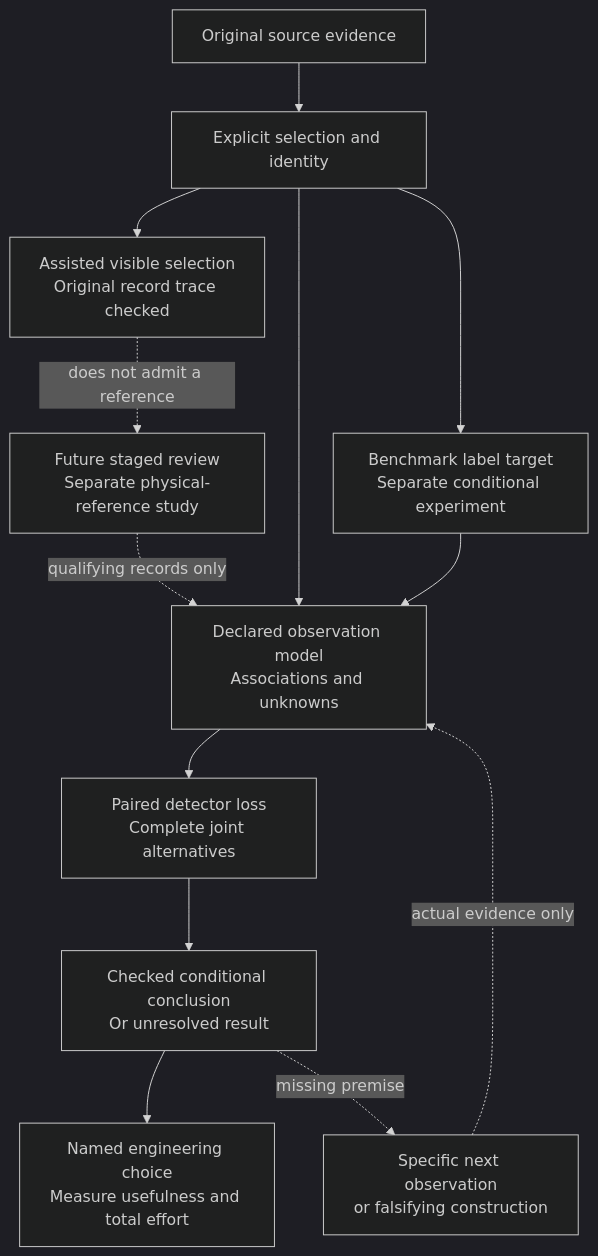
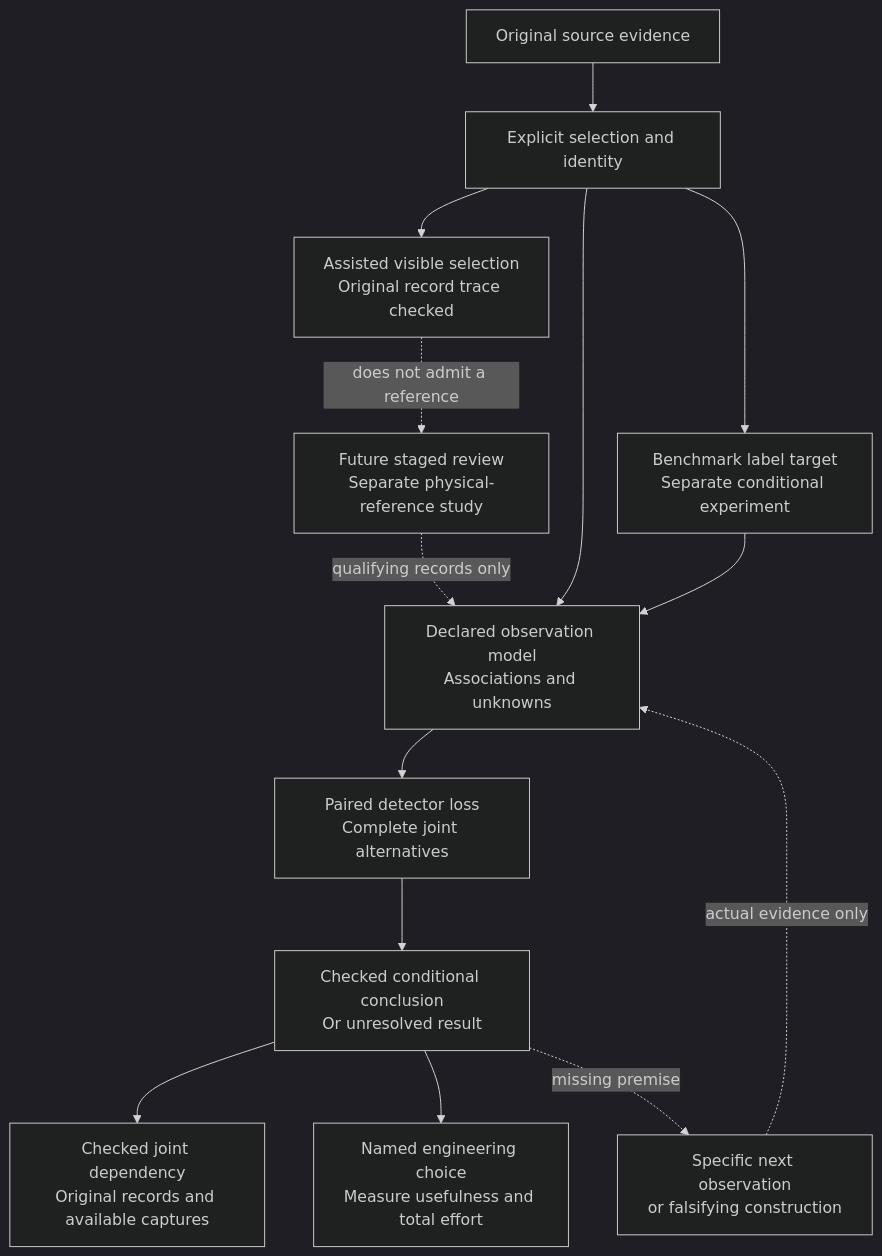
The first of 2 diagrams in docs/ENGINE_ROADMAP_2026-09-13.md (manfromnowhere143/reiyah), drawn with Mermaid (dark theme) before and after one commit. The commit also changed other lines of this file and 9 other files, not shown here.

Commit message:
Open checked annotation dependencies through original source records

````diff
--- a/docs/ENGINE_ROADMAP_2026-09-13.md
+++ b/docs/ENGINE_ROADMAP_2026-09-13.md
@@ -36,15 +37,16 @@
 ```mermaid
 flowchart TB
   O["Original source evidence"] --> I["Explicit selection and identity"]
   I --> S["Assisted visible selection<br/>Original record trace checked"]
   S -. "does not admit a reference" .-> H["Future staged review<br/>Separate physical-reference study"]
   H -. "qualifying records only" .-> M
   I --> M["Declared observation model<br/>Associations and unknowns"]
   I --> B["Benchmark label target<br/>Separate conditional experiment"]
   B --> M
   M --> D["Paired detector loss<br/>Complete joint alternatives"]
   D --> C["Checked conditional conclusion<br/>Or unresolved result"]
+  C --> T["Checked joint dependency<br/>Original records and available captures"]
   C --> U["Named engineering choice<br/>Measure usefulness and total effort"]
   C -. "missing premise" .-> Q["Specific next observation<br/>or falsifying construction"]
   Q -. "actual evidence only" .-> M
 ```
````
